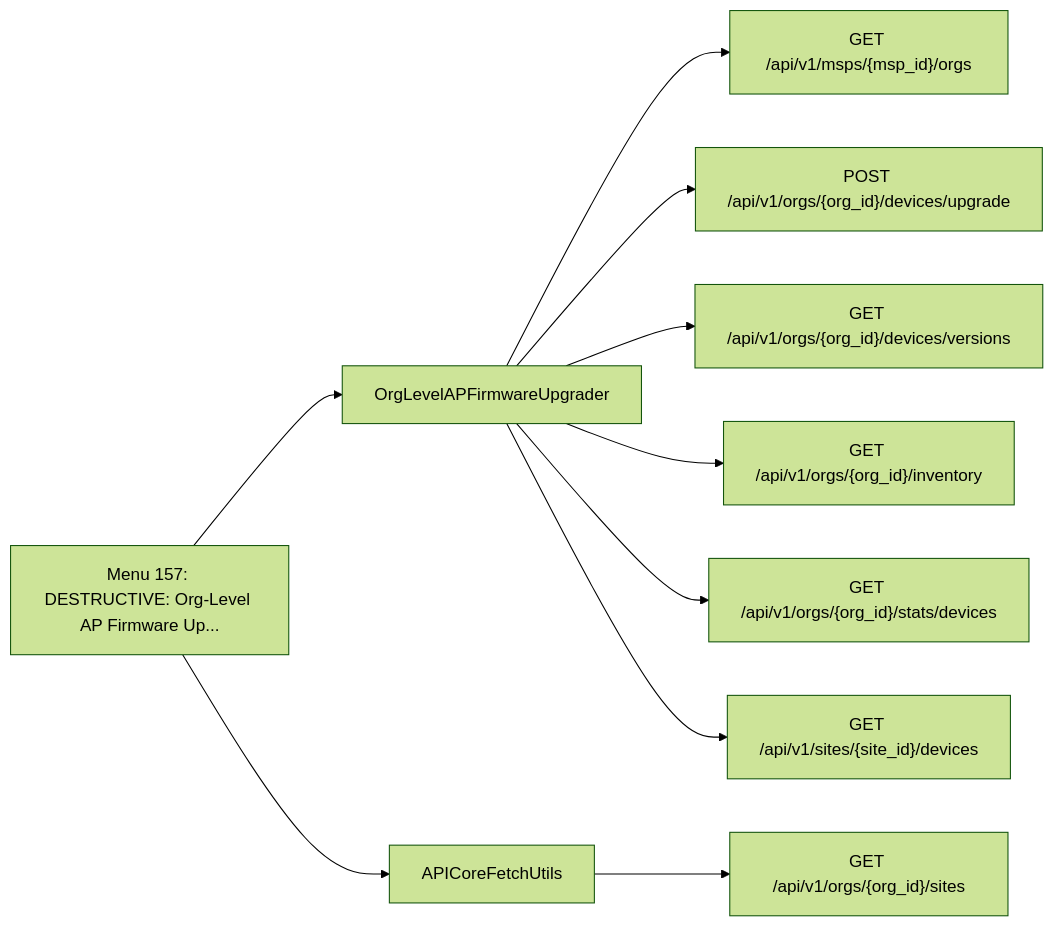
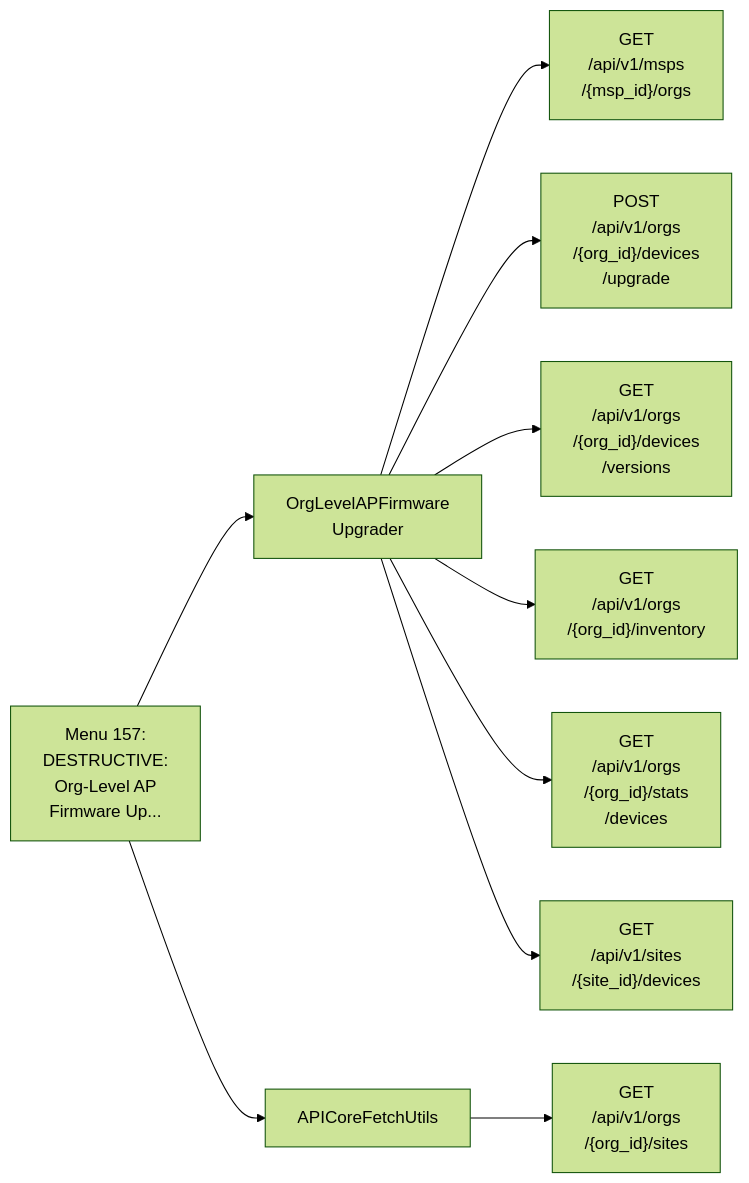
Before and after one commit to jmorrison-juniper/MistHelper: the fifth of 27 diagrams in documentation/menu-api/destructive.md, drawn with Mermaid (forest theme). The commit also changed other lines of this file and 19 other files, not shown here.

First line of the commit message:
docs(menu-api): fit the Mermaid diagrams to the wiki column (#3463)

````diff
--- a/documentation/menu-api/destructive.md
+++ b/documentation/menu-api/destructive.md
@@ -358,13 +157,13 @@
 ```mermaid
 flowchart LR
-    menu["Menu 157: DESTRUCTIVE: Org-Level AP Firmware Up..."]
-    menu --> c1["OrgLevelAPFirmwareUpgrader"]
-    c1 --> e1["GET /api/v1/msps/{msp_id}/orgs"]
-    c1 --> e2["POST /api/v1/orgs/{org_id}/devices/upgrade"]
-    c1 --> e3["GET /api/v1/orgs/{org_id}/devices/versions"]
-    c1 --> e4["GET /api/v1/orgs/{org_id}/inventory"]
-    c1 --> e5["GET /api/v1/orgs/{org_id}/stats/devices"]
-    c1 --> e6["GET /api/v1/sites/{site_id}/devices"]
+    menu["Menu 157:<br/>DESTRUCTIVE:<br/>Org-Level AP<br/>Firmware Up..."]
+    menu --> c1["OrgLevelAPFirmware<br/>Upgrader"]
+    c1 --> e1["GET<br/>/api/v1/msps<br/>/{msp_id}/orgs"]
+    c1 --> e2["POST<br/>/api/v1/orgs<br/>/{org_id}/devices<br/>/upgrade"]
+    c1 --> e3["GET<br/>/api/v1/orgs<br/>/{org_id}/devices<br/>/versions"]
+    c1 --> e4["GET<br/>/api/v1/orgs<br/>/{org_id}/inventory"]
+    c1 --> e5["GET<br/>/api/v1/orgs<br/>/{org_id}/stats<br/>/devices"]
+    c1 --> e6["GET<br/>/api/v1/sites<br/>/{site_id}/devices"]
     menu --> c2["APICoreFetchUtils"]
-    c2 --> e7["GET /api/v1/orgs/{org_id}/sites"]
+    c2 --> e7["GET<br/>/api/v1/orgs<br/>/{org_id}/sites"]
 ```
````
